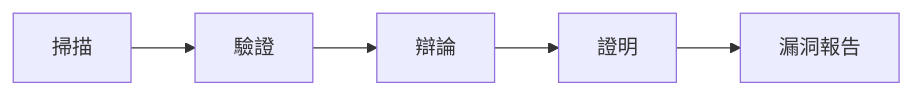
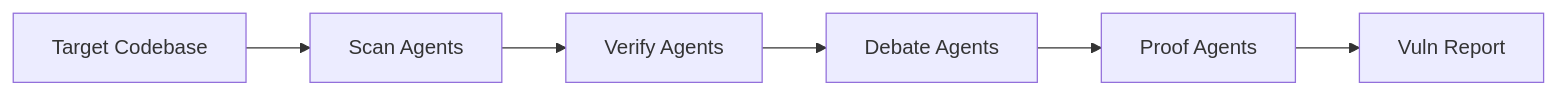
Before and after one commit to nick-xrex/ai-daily-content: the second of 2 diagrams in 20-daily/2026-05-26.md, drawn with Mermaid. The commit also changed other lines of this file and 130 other files, not shown here.

````diff
--- a/20-daily/2026-05-26.md
+++ b/20-daily/2026-05-26.md
@@ -44,7 +41,8 @@
 ```mermaid
 flowchart LR
-  A[掃描] --> B[驗證]
-  B --> C[辯論]
-  C --> D[證明]
-  D --> E[漏洞報告]
+    Code[Target Codebase] --> A1[Scan Agents]
+    A1 --> A2[Verify Agents]
+    A2 --> A3[Debate Agents]
+    A3 --> A4[Proof Agents]
+    A4 --> Report[Vuln Report]
 ```
````
